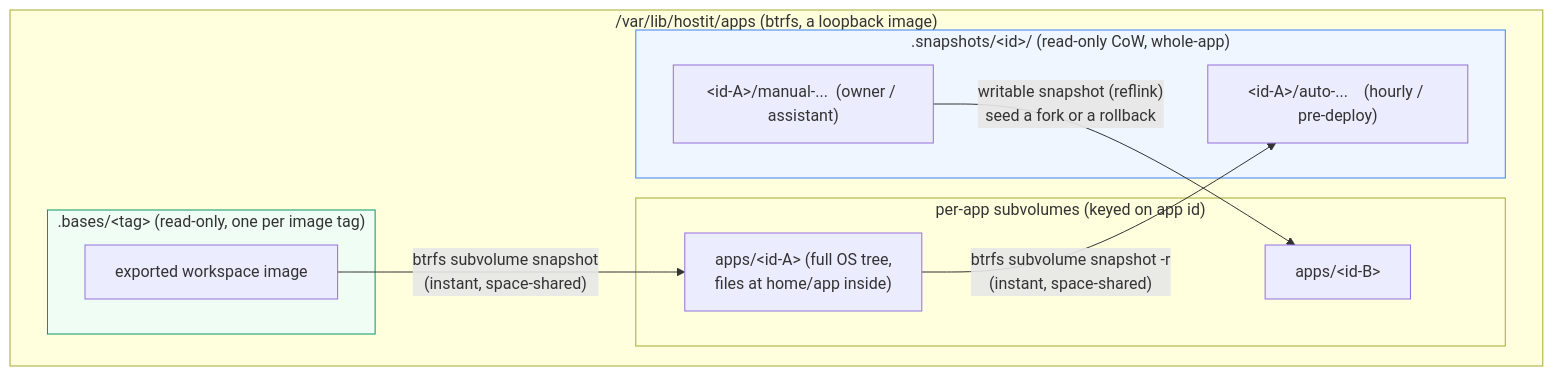
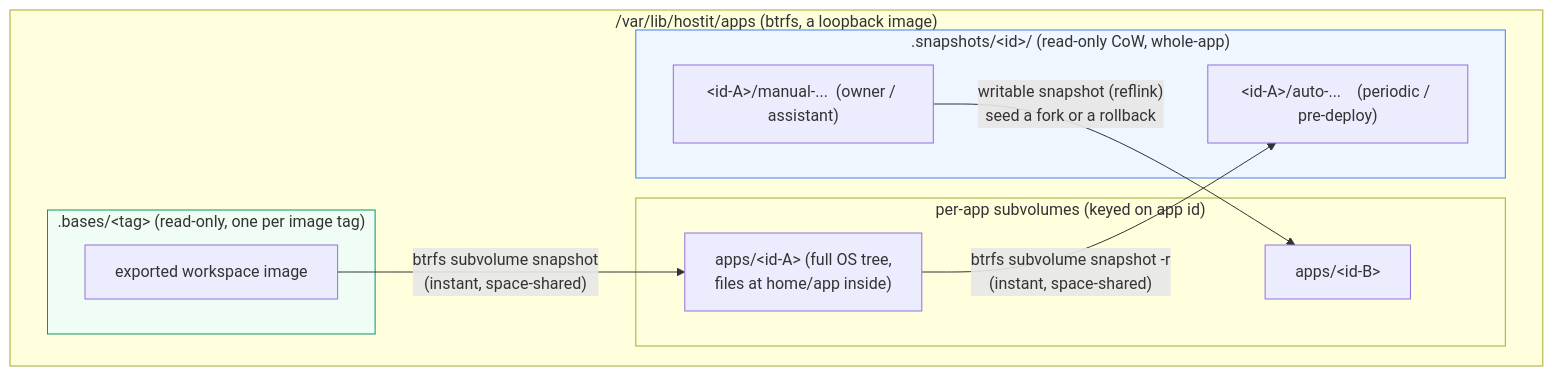
One commit to binwiederhier/hostit changed the first of 2 diagrams in docs/subsystems/storage-btrfs.md. Above: the diagram before and after it, drawn with Mermaid. The commit also changed other lines of this file and 11 other files, not shown here.

````diff
--- a/docs/subsystems/storage-btrfs.md
+++ b/docs/subsystems/storage-btrfs.md
@@ -17,21 +17,21 @@
 ```mermaid
 flowchart TB
     subgraph fs["/var/lib/hostit/apps  (btrfs, a loopback image)"]
         subgraph subs["per-app subvolumes (keyed on app id)"]
             a1["apps/&lt;id-A&gt;  (full OS tree,<br/>files at home/app inside)"]
             a2["apps/&lt;id-B&gt;"]
         end
         subgraph bases[".bases/&lt;tag&gt;  (read-only, one per image tag)"]
             b1["exported workspace image"]
         end
         subgraph snaps[".snapshots/&lt;id&gt;/  (read-only CoW, whole-app)"]
-            s1["&lt;id-A&gt;/auto-...    (hourly / pre-deploy)"]
+            s1["&lt;id-A&gt;/auto-...    (periodic / pre-deploy)"]
             s2["&lt;id-A&gt;/manual-...  (owner / assistant)"]
         end
     end
     b1 -->|"btrfs subvolume snapshot<br/>(instant, space-shared)"| a1
     a1 -->|"btrfs subvolume snapshot -r<br/>(instant, space-shared)"| s1
     s2 -->|"writable snapshot (reflink)<br/>seed a fork or a rollback"| a2
     style snaps fill:#eff6ff,stroke:#3b82f6
     style bases fill:#f0fdf4,stroke:#059669
 ```
````
